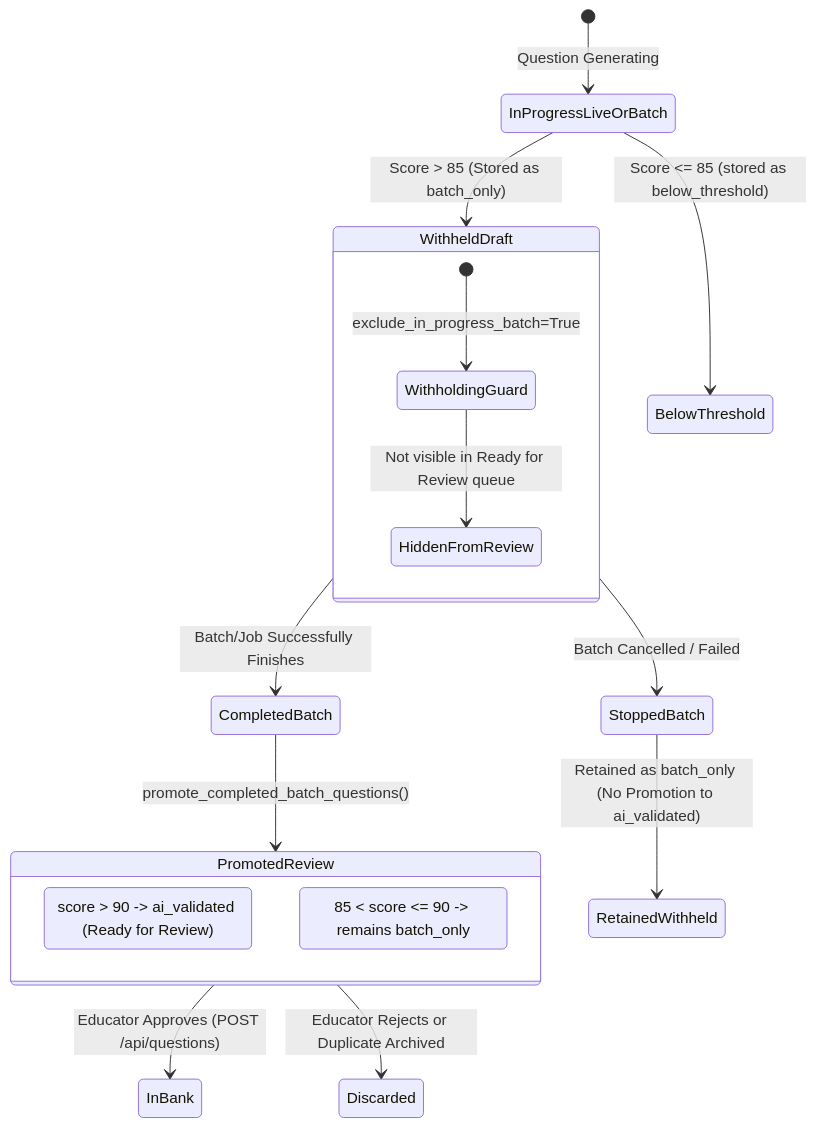
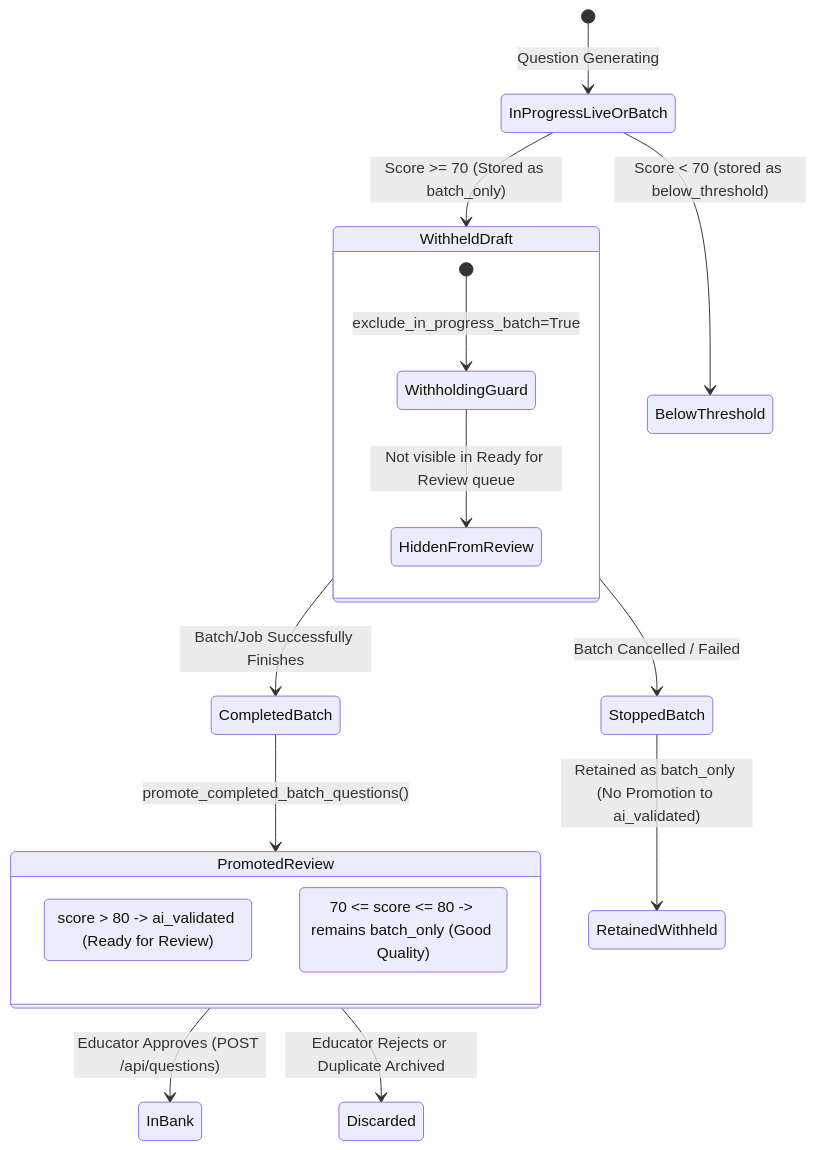
The diagram in docs/API.md (VishwamPatel-Infynno/Question-Bank-Generator), drawn with Mermaid before and after one commit. The commit also changed other lines of this file and 121 other files, not shown here.

First line of the commit message:
refactor: modernize architecture, add prometheus telemetry, optimize caching, and enforce 100% type purity

````diff
--- a/docs/API.md
+++ b/docs/API.md
@@ -1229,25 +1282,25 @@
 ```mermaid
 stateDiagram-v2
     [*] --> InProgressLiveOrBatch: Question Generating
-    InProgressLiveOrBatch --> WithheldDraft: Score > 85 (Stored as batch_only)
-    InProgressLiveOrBatch --> BelowThreshold: Score <= 85 (stored as below_threshold)
+    InProgressLiveOrBatch --> WithheldDraft: Score >= 70 (Stored as batch_only)
+    InProgressLiveOrBatch --> BelowThreshold: Score < 70 (stored as below_threshold)
     
     state WithheldDraft {
         [*] --> WithholdingGuard: exclude_in_progress_batch=True
         WithholdingGuard --> HiddenFromReview: Not visible in Ready for Review queue
     }
     
     WithheldDraft --> CompletedBatch: Batch/Job Successfully Finishes
     CompletedBatch --> PromotedReview: promote_completed_batch_questions()
     
     state PromotedReview {
-        ScoreGt90: score > 90 -> ai_validated (Ready for Review)
-        Score86to90: 85 < score <= 90 -> remains batch_only
+        ScoreGt80: score > 80 -> ai_validated (Ready for Review)
+        Score70to80: 70 <= score <= 80 -> remains batch_only (Good Quality)
     }
     
     PromotedReview --> InBank: Educator Approves (POST /api/questions)
     PromotedReview --> Discarded: Educator Rejects or Duplicate Archived
     
     WithheldDraft --> StoppedBatch: Batch Cancelled / Failed
     StoppedBatch --> RetainedWithheld: Retained as batch_only (No Promotion to ai_validated)
 ```
````
